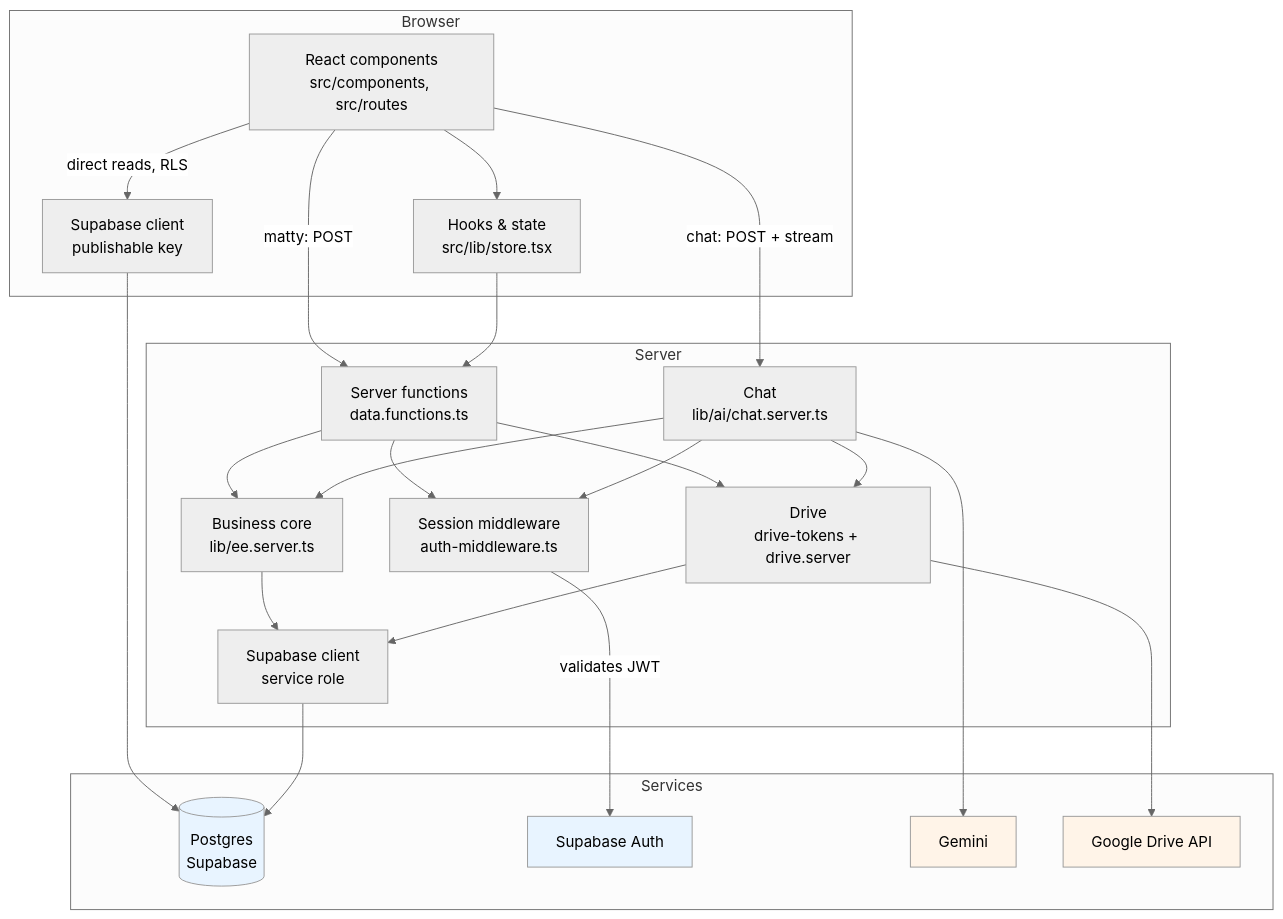
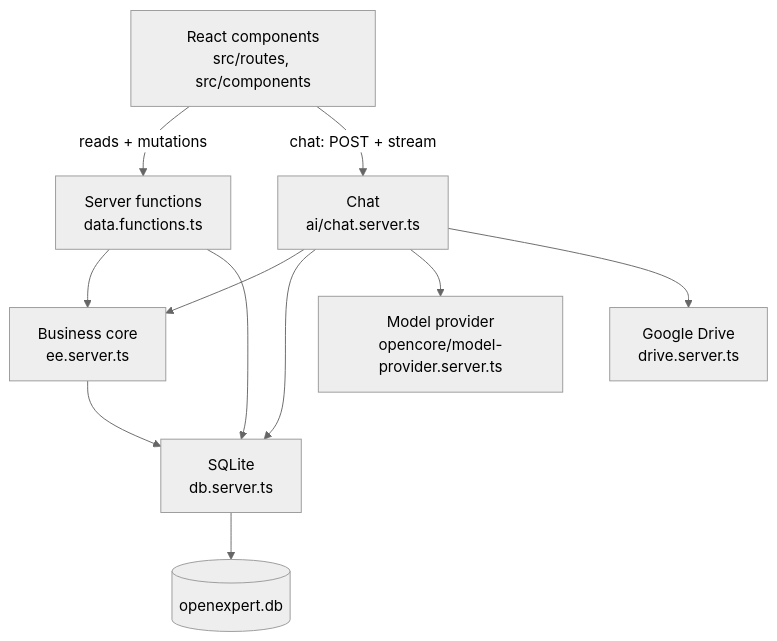
The first of 2 diagrams in docs/en/02-architecture.md (OpenExpert-ai/OpenExpert), drawn with Mermaid (neutral theme) before and after one commit. The commit also changed other lines of this file and 134 other files, not shown here.

````diff
--- a/docs/en/02-architecture.md
+++ b/docs/en/02-architecture.md
@@ -38,47 +26,22 @@
 ```mermaid
 graph TD
-    subgraph Browser
-        UI[React components<br/>src/components, src/routes]
-        H[Hooks & state<br/>src/lib/store.tsx]
-        SB1[Supabase client<br/>publishable key]
-    end
+    UI[React components<br/>src/routes, src/components]
+    SF[Server functions<br/>data.functions.ts]
+    EE[Business core<br/>ee.server.ts]
+    DB[SQLite<br/>db.server.ts]
+    CHAT[Chat<br/>ai/chat.server.ts]
+    MODEL[Model provider<br/>opencore/model-provider.server.ts]
+    DRV[Google Drive<br/>drive.server.ts]
+    FILE[(openexpert.db)]
 
-    subgraph Server
-        SF[Server functions<br/>data.functions.ts]
-        MW[Session middleware<br/>auth-middleware.ts]
-        CHAT[Chat<br/>lib/ai/chat.server.ts]
-        EE[Business core<br/>lib/ee.server.ts]
-        DRV[Drive<br/>drive-tokens + drive.server]
-        ADM[Supabase client<br/>service role]
-    end
-
-    subgraph Services
-        PG[(Postgres<br/>Supabase)]
-        AUTH[Supabase Auth]
-        GEM[Gemini]
-        GD[Google Drive API]
-    end
-
-    UI --> H
-    UI -->|direct reads, RLS| SB1 --> PG
-    UI -->|matty: POST| SF
+    UI -->|reads + mutations| SF
     UI -->|chat: POST + stream| CHAT
-    H --> SF
-    SF --> MW
-    CHAT --> MW
-    MW -->|validates JWT| AUTH
     SF --> EE
+    SF --> DB
     CHAT --> EE
-    SF --> DRV
+    CHAT --> DB
+    CHAT --> MODEL
     CHAT --> DRV
-    EE --> ADM
-    DRV --> ADM
-    ADM --> PG
-    CHAT --> GEM
-    DRV --> GD
-
-    style PG fill:#e8f4ff
-    style AUTH fill:#e8f4ff
-    style GEM fill:#fff4e8
-    style GD fill:#fff4e8
+    EE --> DB
+    DB --> FILE
 ```
````
